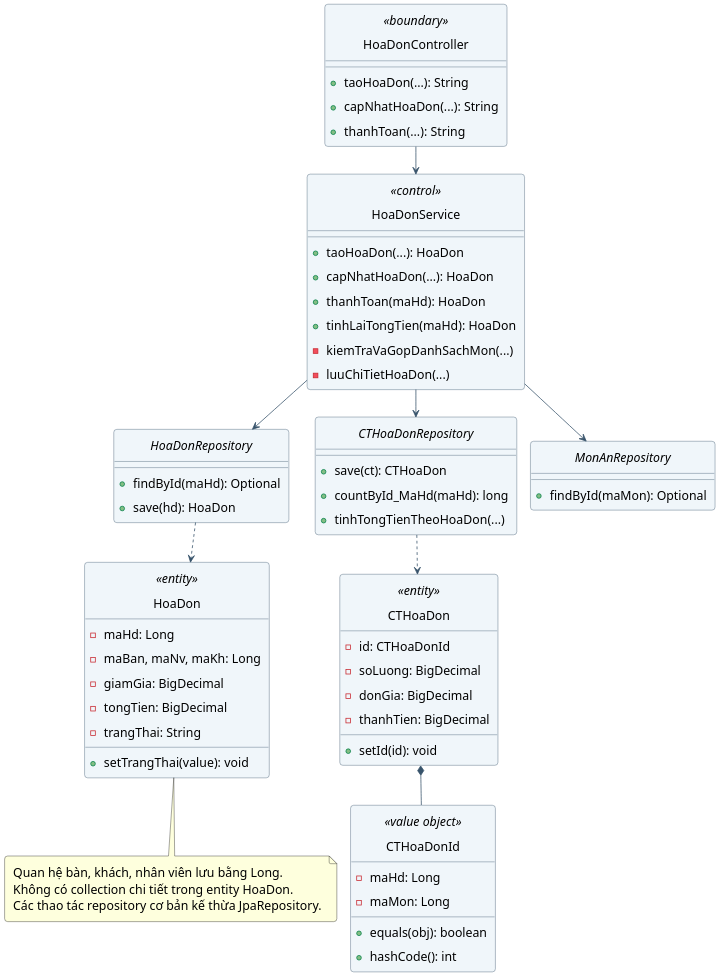
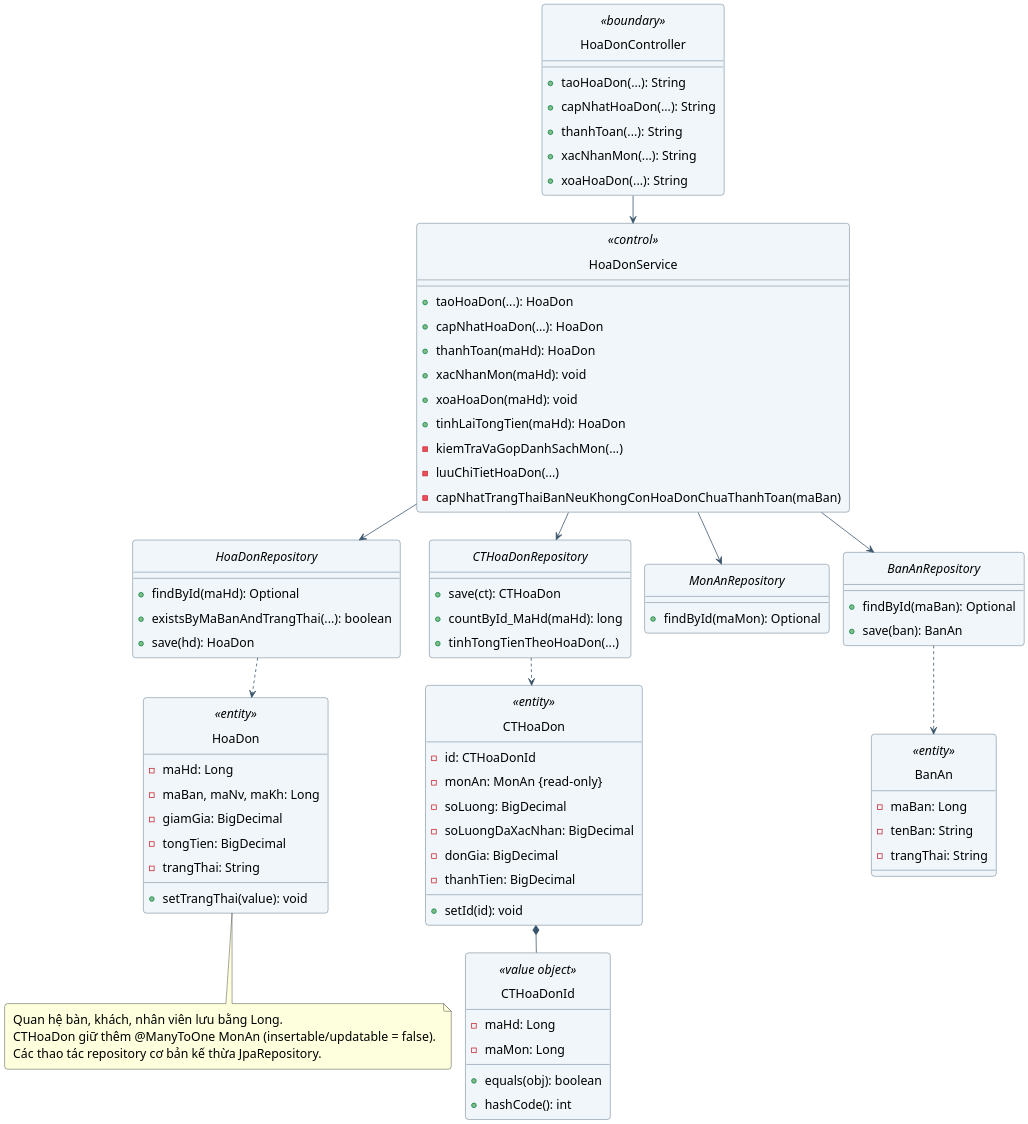
One commit to hoangbelike2004/QuanLyNHHS changed the diagram in BaoCao_PTTKHDoiTuong/so_do/09_dcd_hoa_don.puml. Above: the diagram before and after it, drawn with PlantUML. The commit also changed 96 other files, not shown here.

```diff
--- a/BaoCao_PTTKHDoiTuong/so_do/09_dcd_hoa_don.puml
+++ b/BaoCao_PTTKHDoiTuong/so_do/09_dcd_hoa_don.puml
@@ -1,79 +1,97 @@
 @startuml
 !pragma layout smetana
 skinparam defaultFontName Arial
 skinparam defaultFontSize 16
 skinparam dpi 180
 skinparam backgroundColor white
 skinparam shadowing false
 skinparam roundcorner 8
 skinparam ArrowColor #37536B
 skinparam classBackgroundColor #F0F6FA
 skinparam classBorderColor #37536B
 skinparam usecaseBackgroundColor #F0F6FA
 skinparam packageBackgroundColor #FFFFFF
 skinparam sequenceParticipantBackgroundColor #EDF4F8
 skinparam sequenceLifeLineBorderColor #78909C
 skinparam sequenceMessageAlign center
 skinparam padding 5
 hide circle
 top to bottom direction
 class HoaDonController <<boundary>> {
  +taoHoaDon(...): String
  +capNhatHoaDon(...): String
  +thanhToan(...): String
+ +xacNhanMon(...): String
+ +xoaHoaDon(...): String
 }
 class HoaDonService <<control>> {
  +taoHoaDon(...): HoaDon
  +capNhatHoaDon(...): HoaDon
  +thanhToan(maHd): HoaDon
+ +xacNhanMon(maHd): void
+ +xoaHoaDon(maHd): void
  +tinhLaiTongTien(maHd): HoaDon
  -kiemTraVaGopDanhSachMon(...)
  -luuChiTietHoaDon(...)
+ -capNhatTrangThaiBanNeuKhongConHoaDonChuaThanhToan(maBan)
 }
 class HoaDon <<entity>> {
  -maHd: Long
  -maBan, maNv, maKh: Long
  -giamGia: BigDecimal
  -tongTien: BigDecimal
  -trangThai: String
  +setTrangThai(value): void
 }
 class CTHoaDon <<entity>> {
  -id: CTHoaDonId
+ -monAn: MonAn {read-only}
  -soLuong: BigDecimal
+ -soLuongDaXacNhan: BigDecimal
  -donGia: BigDecimal
  -thanhTien: BigDecimal
  +setId(id): void
 }
 class CTHoaDonId <<value object>> {
  -maHd: Long
  -maMon: Long
  +equals(obj): boolean
  +hashCode(): int
 }
+class BanAn <<entity>> {
+ -maBan: Long
+ -tenBan: String
+ -trangThai: String
+}
 interface HoaDonRepository {
  +findById(maHd): Optional
+ +existsByMaBanAndTrangThai(...): boolean
  +save(hd): HoaDon
 }
 interface CTHoaDonRepository {
  +save(ct): CTHoaDon
  +countById_MaHd(maHd): long
  +tinhTongTienTheoHoaDon(...)
 }
 interface MonAnRepository {
  +findById(maMon): Optional
 }
+interface BanAnRepository {
+ +findById(maBan): Optional
+ +save(ban): BanAn
+}
 HoaDonController --> HoaDonService
 HoaDonService --> HoaDonRepository
 HoaDonService --> CTHoaDonRepository
 HoaDonService --> MonAnRepository
+HoaDonService --> BanAnRepository
 HoaDonRepository ..> HoaDon
 CTHoaDonRepository ..> CTHoaDon
+BanAnRepository ..> BanAn
 CTHoaDon *-- CTHoaDonId
 note bottom of HoaDon
 Quan hệ bàn, khách, nhân viên lưu bằng Long.
-Không có collection chi tiết trong entity HoaDon.
+CTHoaDon giữ thêm @ManyToOne MonAn (insertable/updatable = false).
 Các thao tác repository cơ bản kế thừa JpaRepository.
 end note
-
 @enduml
```
